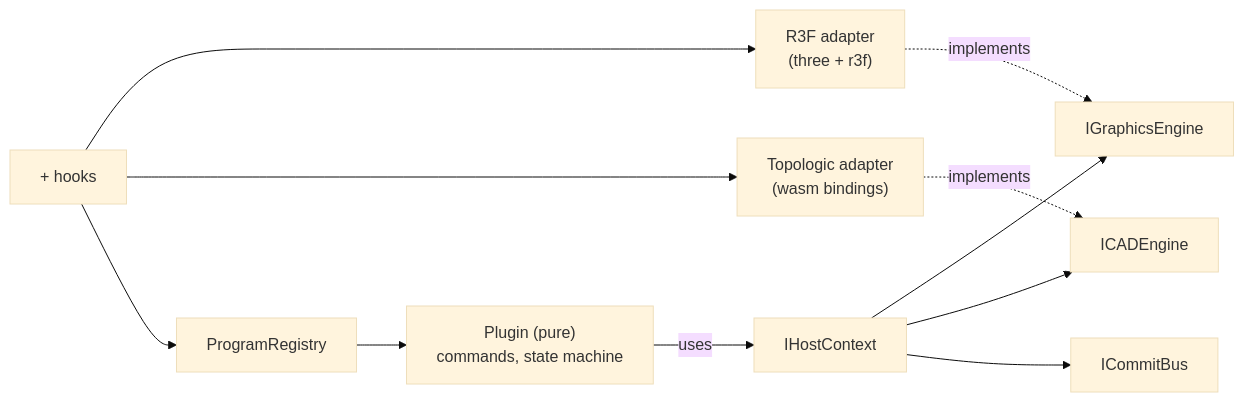
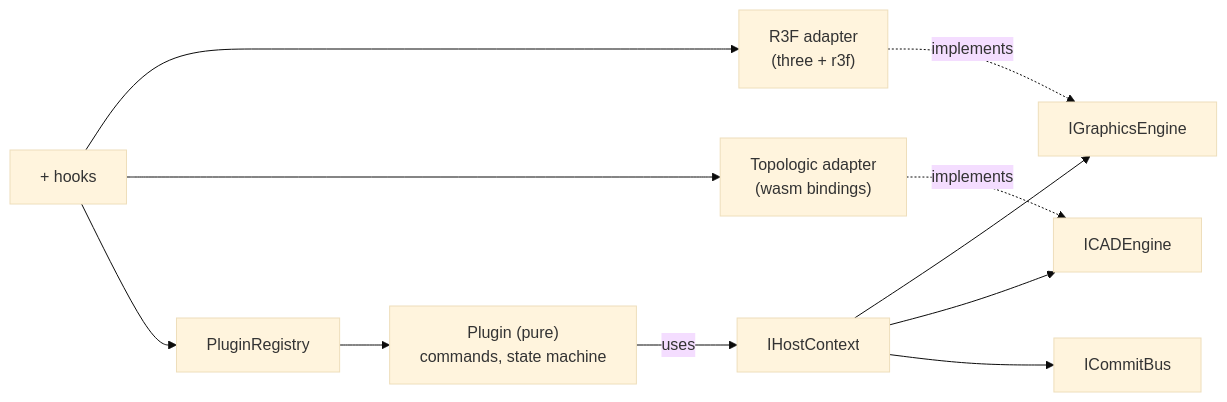
One commit to usalu/semio changed the diagram in .cursor/plans/cad_engine_with_plugins_9d17ed8c.plan.md. Above: the diagram before and after it, drawn with Mermaid (base theme). The commit also changed other lines of this file and 663 other files, not shown here.

````diff
--- a/.cursor/plans/cad_engine_with_plugins_9d17ed8c.plan.md
+++ b/.cursor/plans/cad_engine_with_plugins_9d17ed8c.plan.md
@@ -39,13 +39,13 @@
 ```mermaid
 flowchart LR
   Plugin["Plugin (pure)<br/>commands, state machine"] -->|uses| IHost["IHostContext"]
   IHost --> IGfx["IGraphicsEngine"]
   IHost --> ICad["ICADEngine"]
   IHost --> Bus["ICommitBus"]
   R3FAdapter["R3F adapter<br/>(three + r3f)"] -.implements.-> IGfx
   TopoAdapter["Topologic adapter<br/>(wasm bindings)"] -.implements.-> ICad
   CadCanvas["<CadCanvas/> + hooks"] --> R3FAdapter
   CadCanvas --> TopoAdapter
-  CadCanvas --> Registry["ProgramRegistry"]
+  CadCanvas --> Registry["PluginRegistry"]
   Registry --> Plugin
 ```
````
